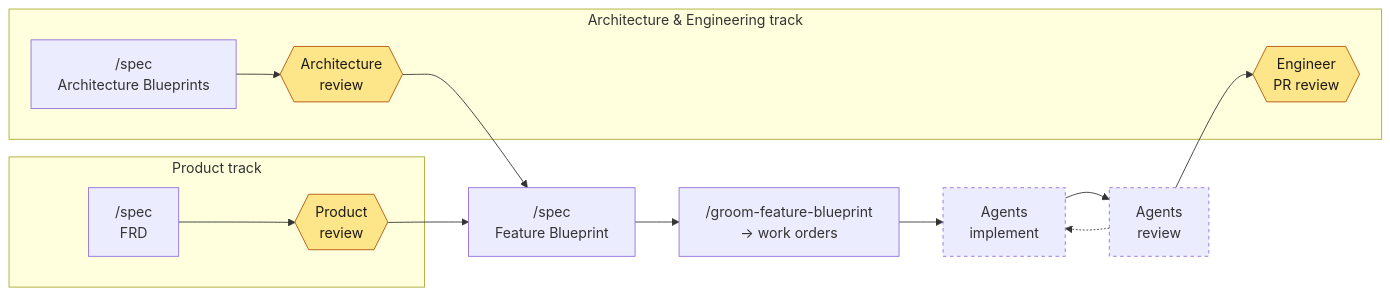
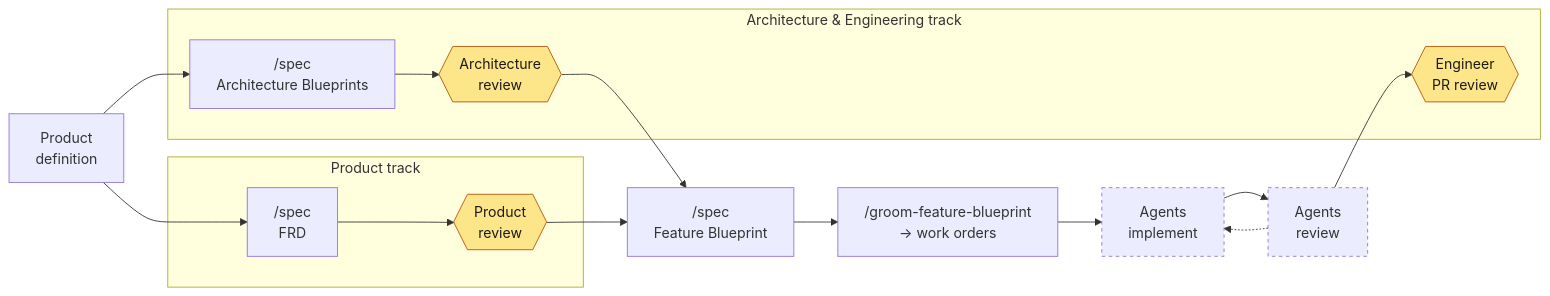
One commit to brettcallaghan/specs changed the diagram in README.md. Above: the diagram before and after it, drawn with Mermaid. The commit also changed other lines of this file, not shown here.

First line of the commit message:
Add the product definition phase ahead of both spec tracks in the README

````diff
--- a/README.md
+++ b/README.md
@@ -56,23 +56,25 @@
 ```mermaid
 flowchart LR
+    P["Product<br/>definition"] --> A
+    P --> H
     subgraph product["Product track"]
         A["/spec<br/>FRD"] --> B{{"Product<br/>review"}}
     end
     subgraph architecture["Architecture & Engineering track"]
         H["/spec<br/>Architecture Blueprints"] --> I{{"Architecture<br/>review"}}
         G{{"Engineer<br/>PR review"}}
     end
     B --> C["/spec<br/>Feature Blueprint"]
     I --> C
     C --> E["/groom-feature-blueprint<br/>→ work orders"]
     E --> F["Agents<br/>implement"]
     F --> J["Agents<br/>review"]
     J -.-> F
     J --> G
 
     style B fill:#fde68a,stroke:#b45309,color:#1c1917
     style I fill:#fde68a,stroke:#b45309,color:#1c1917
     style G fill:#fde68a,stroke:#b45309,color:#1c1917
     style F stroke-dasharray: 4 4
     style J stroke-dasharray: 4 4
 ```
````
